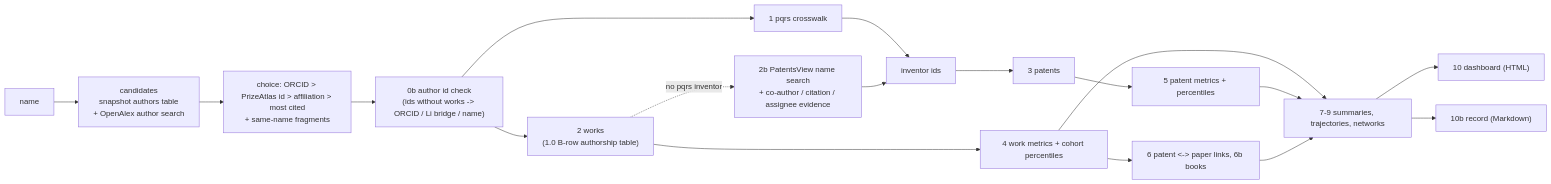
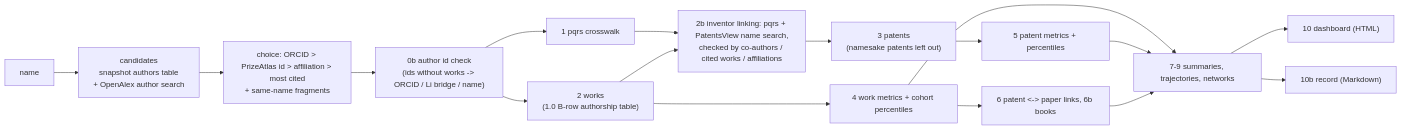
The diagram in README.md (Dawoon-Jeong0523/Author_profile), drawn with Mermaid before and after one commit. The commit also changed other lines of this file and 2 other files, not shown here.

````diff
--- a/README.md
+++ b/README.md
@@ -188,16 +189,16 @@
 ```mermaid
 flowchart LR
     Q["name"] --> C["candidates<br/>snapshot authors table<br/>+ OpenAlex author search"]
     C --> P["choice: ORCID > PrizeAtlas id > affiliation > most cited<br/>+ same-name fragments"]
     P --> K["0b author id check<br/>(ids without works -> ORCID / Li bridge / name)"]
     K --> W["2 works<br/>(1.0 B-row authorship table)"]
-    K --> X["1 pqrs crosswalk"] --> I["inventor ids"]
-    W -. "no pqrs inventor" .-> N["2b PatentsView name search<br/>+ co-author / citation / assignee evidence"] --> I
-    I --> T["3 patents"]
+    K --> X["1 pqrs crosswalk"] --> N["2b inventor linking: pqrs + PatentsView name search,<br/>checked by co-authors / cited works / affiliations"]
+    W --> N
+    N --> T["3 patents<br/>(namesake patents left out)"]
     W --> M["4 work metrics + cohort percentiles"]
     T --> MT["5 patent metrics + percentiles"]
     M --> L["6 patent <-> paper links, 6b books"]
     M & MT & L --> S["7-9 summaries, trajectories, networks"]
     S --> D["10 dashboard (HTML)"]
     S --> R["10b record (Markdown)"]
 ```
````
